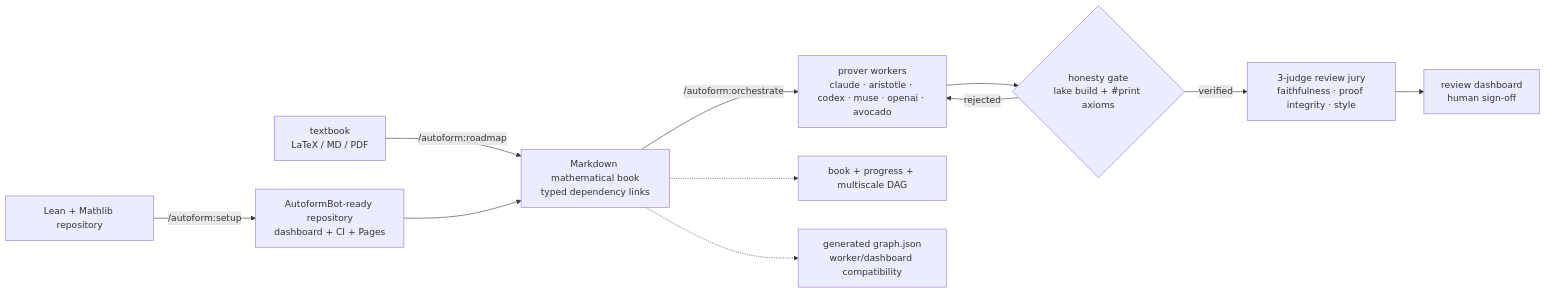
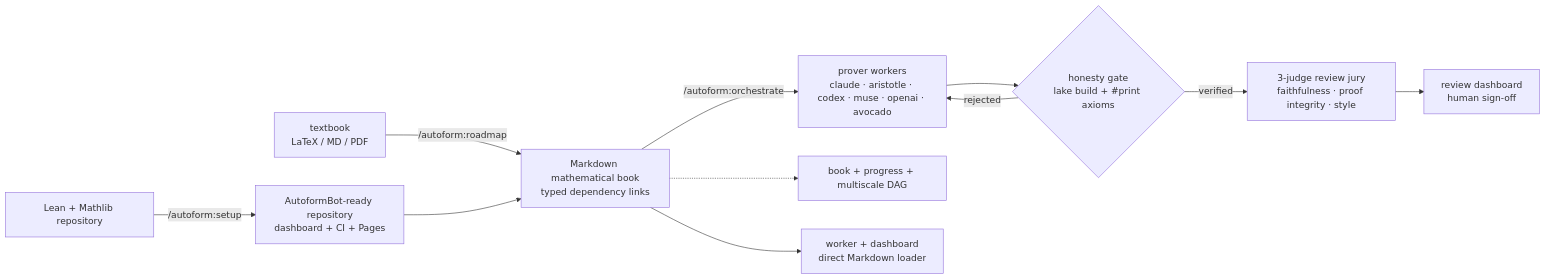
The first of 2 diagrams in README.md (VivienCabannes/autoform-bot), drawn with Mermaid before and after one commit. The commit also changed other lines of this file and 60 other files, not shown here.

````diff
--- a/README.md
+++ b/README.md
@@ -24,13 +24,13 @@
 ```mermaid
 flowchart LR
     A[Lean + Mathlib repository] -->|/autoform:setup| R[AutoformBot-ready repository<br/>dashboard + CI + Pages]
     S[textbook<br/>LaTeX / MD / PDF] -->|/autoform:roadmap| B[Markdown mathematical book<br/>typed dependency links]
     R --> B
     B -->|/autoform:orchestrate| C[prover workers<br/>claude · aristotle · codex · muse · openai · avocado]
     C --> D{honesty gate<br/>lake build + #print axioms}
     D -->|rejected| C
     D -->|verified| E[3-judge review jury<br/>faithfulness · proof integrity · style]
     E --> F[review dashboard<br/>human sign-off]
     B -.-> G[book + progress + multiscale DAG]
-    B -.-> H[generated graph.json<br/>worker/dashboard compatibility]
+    B --> H[worker + dashboard<br/>direct Markdown loader]
 ```
````
